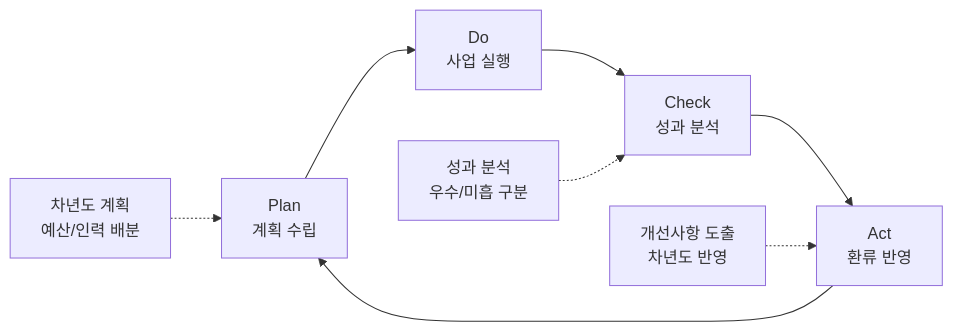
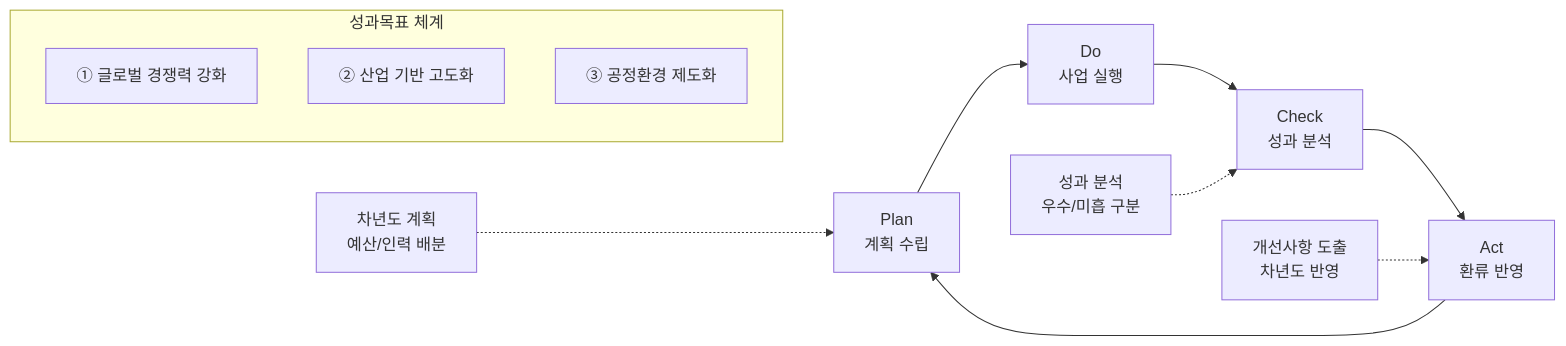
One commit to lizard4r/eval25 changed the second of 2 diagrams in content/25년 경평/2_지표별 자료/2-2_혁신성장_기반_강화/8_환류(Act)_작성_방안.md. Above: the diagram before and after it, drawn with Mermaid. The commit also changed other lines of this file and 53 other files, not shown here.

````diff
--- a/content/25년 경평/2_지표별 자료/2-2_혁신성장_기반_강화/8_환류(Act)_작성_방안.md
+++ b/content/25년 경평/2_지표별 자료/2-2_혁신성장_기반_강화/8_환류(Act)_작성_방안.md
@@ -148,11 +218,17 @@
 ```mermaid
 graph LR
     A["Plan<br>계획 수립"] --> B["Do<br>사업 실행"]
     B --> C["Check<br>성과 분석"]
     C --> D["Act<br>환류 반영"]
     D --> A
     
+    subgraph "성과목표 체계"
+    A1["① 글로벌 경쟁력 강화"]
+    A2["② 산업 기반 고도화"]
+    A3["③ 공정환경 제도화"]
+    end
+    
     C1["성과 분석<br>우수/미흡 구분"] -.-> C
     D1["개선사항 도출<br>차년도 반영"] -.-> D
-    A1["차년도 계획<br>예산/인력 배분"] -.-> A
+    A0["차년도 계획<br>예산/인력 배분"] -.-> A
 ```
````
